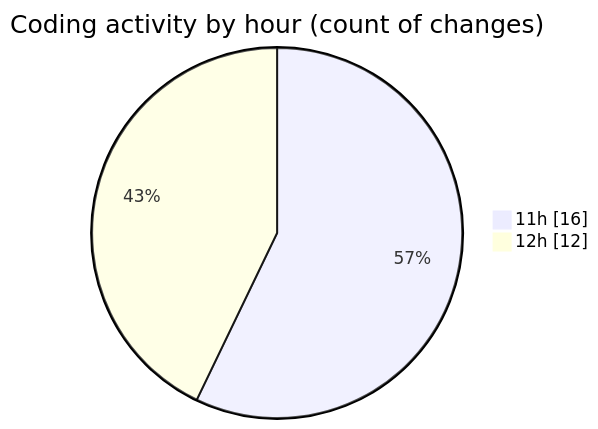
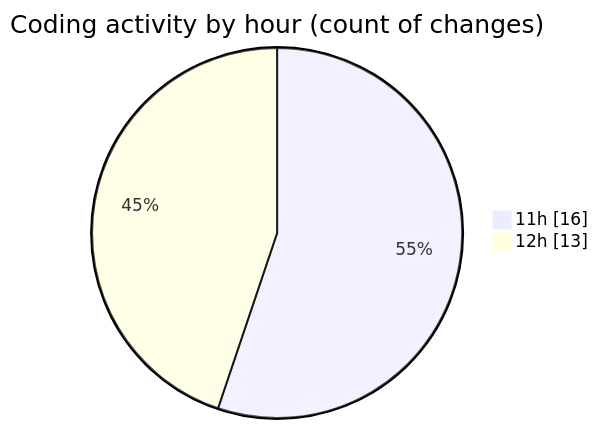
One commit to donsfak/code-tracking changed the second of 2 diagrams in 2025-03-25/wordle/README.md. Above: the diagram before and after it, drawn with Mermaid. The commit also changed other lines of this file and 1 other file, not shown here.

````diff
--- a/2025-03-25/wordle/README.md
+++ b/2025-03-25/wordle/README.md
@@ -33,6 +33,6 @@
 ```mermaid
 pie showData
 title Coding activity by hour (count of changes)
 "11h" : 16
-"12h" : 12
+"12h" : 13
 ```
````
